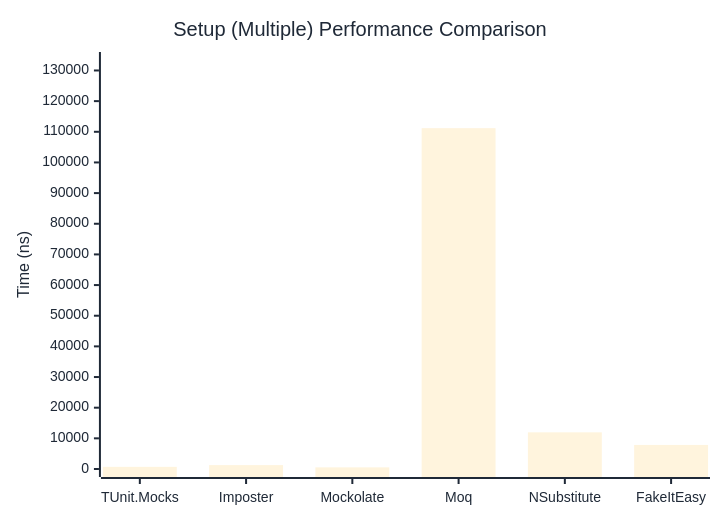
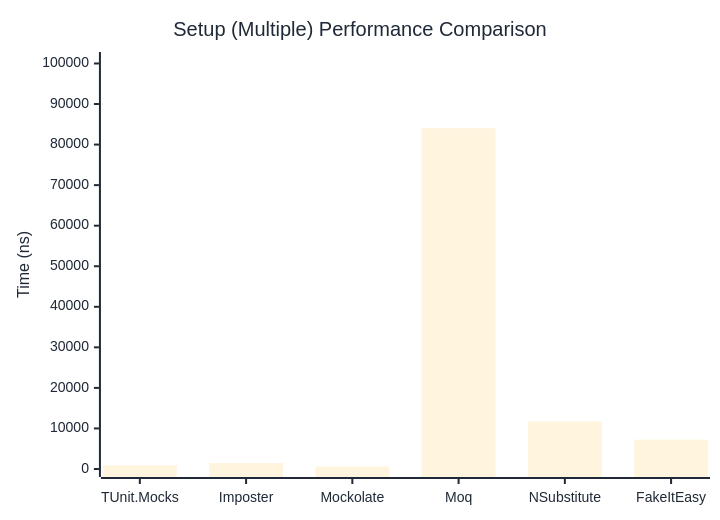
The second of 2 diagrams in docs/docs/benchmarks/mocks/Setup.md (thomhurst/TUnit), drawn with Mermaid before and after one commit. The commit also changed other lines of this file and 14 other files, not shown here.

````diff
--- a/docs/docs/benchmarks/mocks/Setup.md
+++ b/docs/docs/benchmarks/mocks/Setup.md
@@ -71,27 +71,27 @@
 ```mermaid
 %%{init: {
   'theme':'base',
   'themeVariables': {
     'primaryColor': '#2563eb',
     'primaryTextColor': '#1f2937',
     'primaryBorderColor': '#1e40af',
     'lineColor': '#6b7280',
     'secondaryColor': '#7c3aed',
     'tertiaryColor': '#dc2626',
     'background': '#ffffff',
     'pie1': '#2563eb',
     'pie2': '#7c3aed',
     'pie3': '#dc2626',
     'pie4': '#f59e0b',
     'pie5': '#10b981',
     'pie6': '#06b6d4',
     'pie7': '#ec4899',
     'pie8': '#6366f1'
   }
 }}%%
 xychart-beta
   title "Setup (Multiple) Performance Comparison"
   x-axis ["TUnit.Mocks", "Imposter", "Mockolate", "Moq", "NSubstitute", "FakeItEasy"]
-  y-axis "Time (ns)" 0 --> 133417
-  bar [704.9, 1270.2, 537.9, 111180.3, 11958.1, 7848.8]
+  y-axis "Time (ns)" 0 --> 100857
+  bar [879.3, 1447.5, 607.8, 84047, 11746.2, 7231.9]
 ```
````
